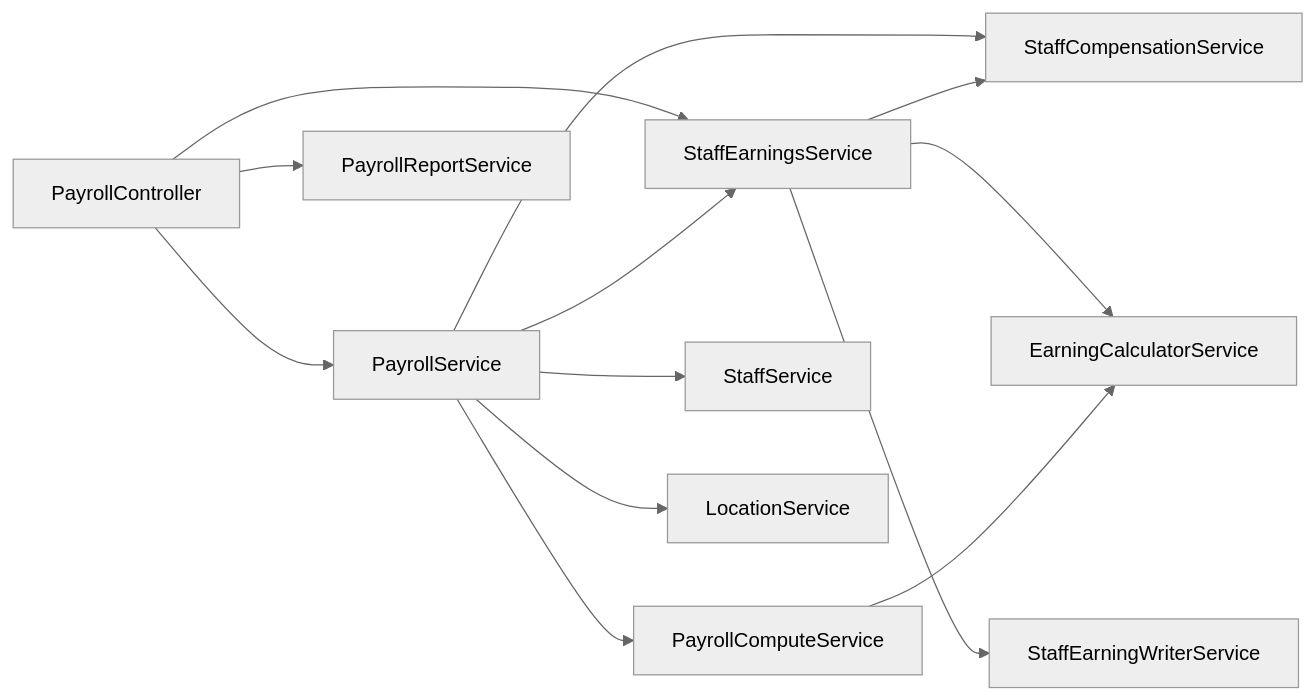
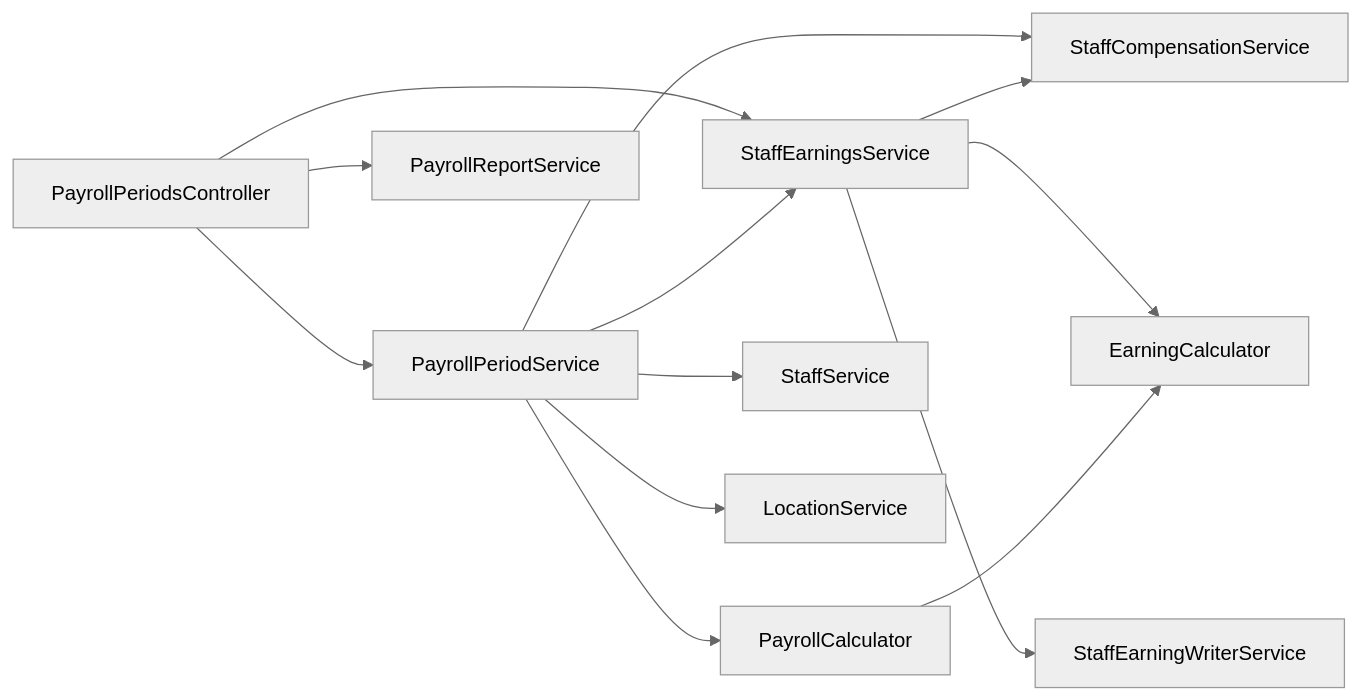
One commit to pavelnagorsky/crm-core changed the sixth of 7 diagrams in docs/architecture/flows.md. Above: the diagram before and after it, drawn with Mermaid (neutral theme). The commit also changed other lines of this file and 577 other files, not shown here.

````diff
--- a/docs/architecture/flows.md
+++ b/docs/architecture/flows.md
@@ -123,17 +123,17 @@
 ```mermaid
 flowchart LR
-  PayrollController --> PayrollService
-  PayrollController --> PayrollReportService
-  PayrollController --> StaffEarningsService
+  PayrollPeriodsController --> PayrollPeriodService
+  PayrollPeriodsController --> PayrollReportService
+  PayrollPeriodsController --> StaffEarningsService
 
-  PayrollService --> StaffEarningsService
-  PayrollService --> StaffCompensationService
-  PayrollService --> PayrollComputeService
-  PayrollService --> StaffService
-  PayrollService --> LocationService
+  PayrollPeriodService --> StaffEarningsService
+  PayrollPeriodService --> StaffCompensationService
+  PayrollPeriodService --> PayrollCalculator
+  PayrollPeriodService --> StaffService
+  PayrollPeriodService --> LocationService
 
   StaffEarningsService --> StaffCompensationService
-  StaffEarningsService --> EarningCalculatorService
+  StaffEarningsService --> EarningCalculator
   StaffEarningsService --> StaffEarningWriterService
-  PayrollComputeService --> EarningCalculatorService
+  PayrollCalculator --> EarningCalculator
 ```
````
